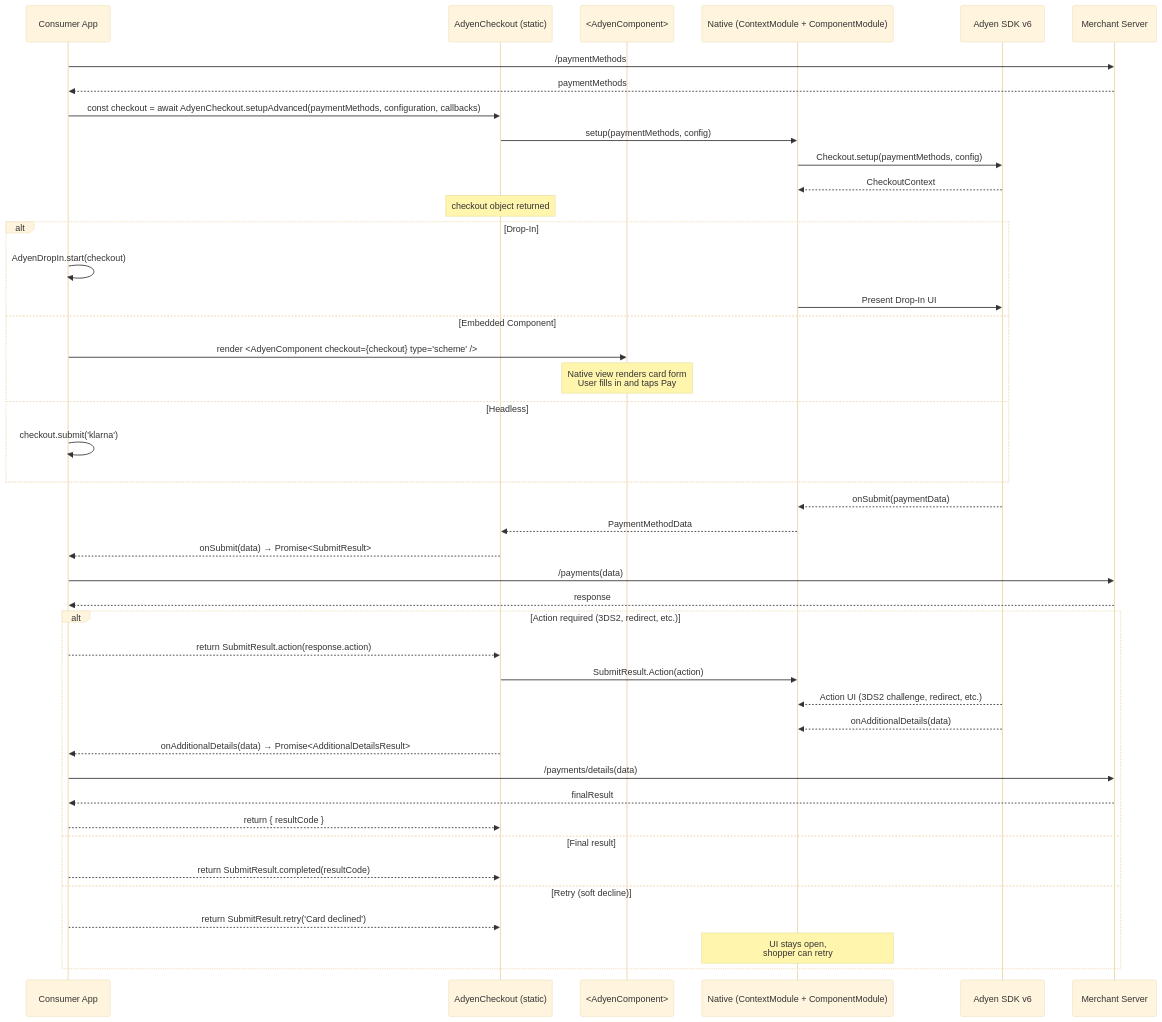
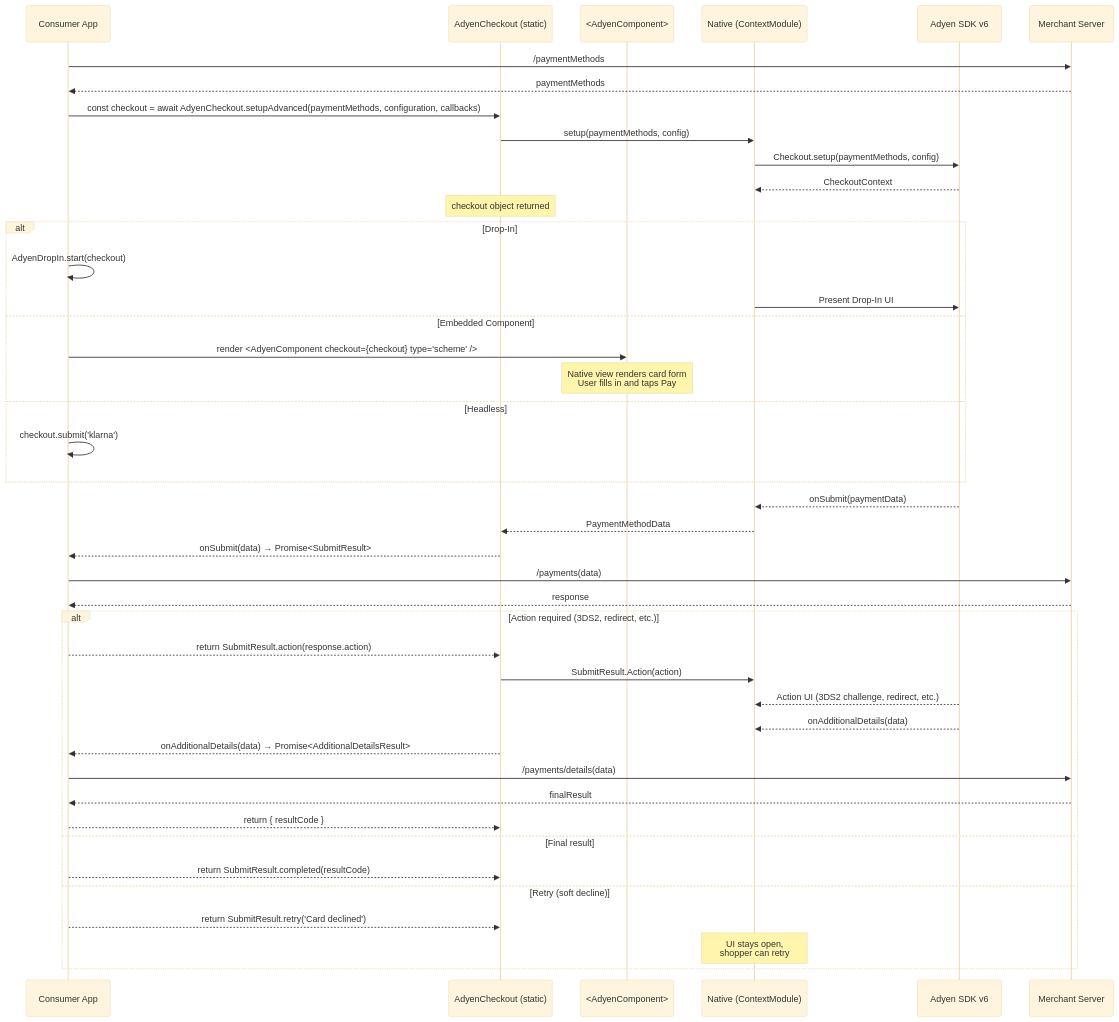
Before and after one commit to Adyen/adyen-react-native: the second of 4 diagrams in docs/public-api-flows.md, drawn with Mermaid (base theme). The commit also changed other lines of this file and 5 other files, not shown here.

````diff
--- a/docs/public-api-flows.md
+++ b/docs/public-api-flows.md
@@ -49,51 +49,51 @@
 ```mermaid
 sequenceDiagram
     participant App as Consumer App
     participant AC as AdyenCheckout (static)
     participant View as <AdyenComponent>
-    participant Native as Native (ContextModule + ComponentModule)
+    participant Native as Native (ContextModule)
     participant SDK as Adyen SDK v6
     participant Server as Merchant Server
 
     App->>Server: /paymentMethods
     Server-->>App: paymentMethods
 
     App->>AC: const checkout = await AdyenCheckout.setupAdvanced(paymentMethods, configuration, callbacks)
     AC->>Native: setup(paymentMethods, config)
     Native->>SDK: Checkout.setup(paymentMethods, config)
     SDK-->>Native: CheckoutContext
     Note over AC: checkout object returned
 
     alt Drop-In
         App->>App: AdyenDropIn.start(checkout)
         Native->>SDK: Present Drop-In UI
     else Embedded Component
         App->>View: render <AdyenComponent checkout={checkout} type="scheme" />
         Note over View: Native view renders card form<br/>User fills in and taps Pay
     else Headless
         App->>App: checkout.submit('klarna')
     end
 
     SDK-->>Native: onSubmit(paymentData)
     Native-->>AC: PaymentMethodData
     AC-->>App: onSubmit(data) → Promise<SubmitResult>
 
     App->>Server: /payments(data)
     Server-->>App: response
 
     alt Action required (3DS2, redirect, etc.)
         App-->>AC: return SubmitResult.action(response.action)
         AC->>Native: SubmitResult.Action(action)
         SDK-->>Native: Action UI (3DS2 challenge, redirect, etc.)
         SDK-->>Native: onAdditionalDetails(data)
         AC-->>App: onAdditionalDetails(data) → Promise<AdditionalDetailsResult>
         App->>Server: /payments/details(data)
         Server-->>App: finalResult
         App-->>AC: return { resultCode }
     else Final result
         App-->>AC: return SubmitResult.completed(resultCode)
     else Retry (soft decline)
         App-->>AC: return SubmitResult.retry('Card declined')
         Note over Native: UI stays open,<br/>shopper can retry
     end
 ```
````
